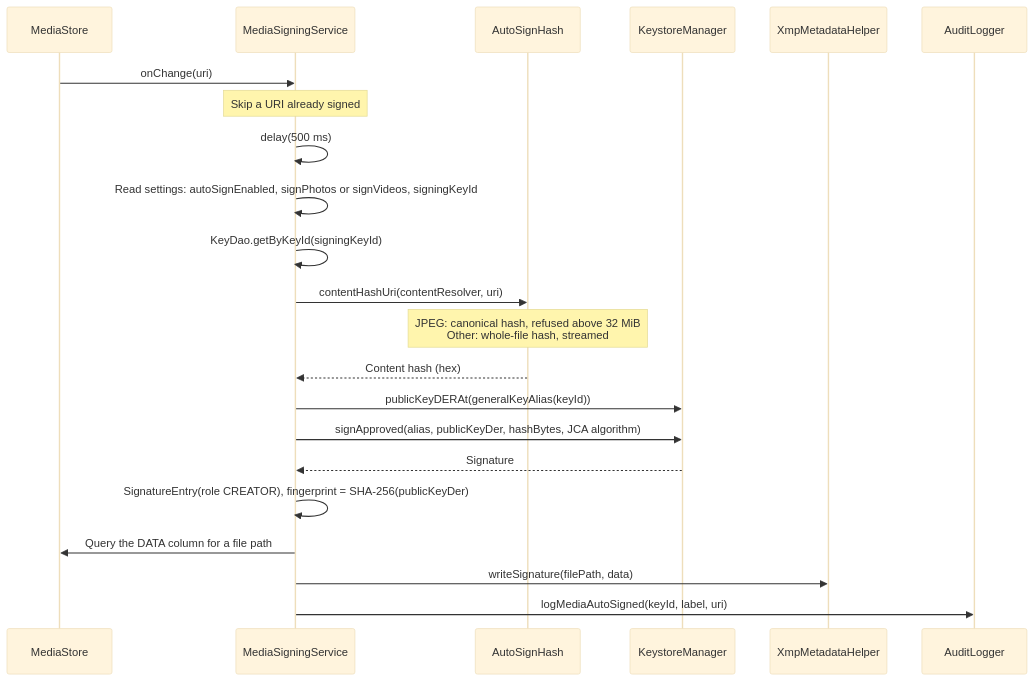
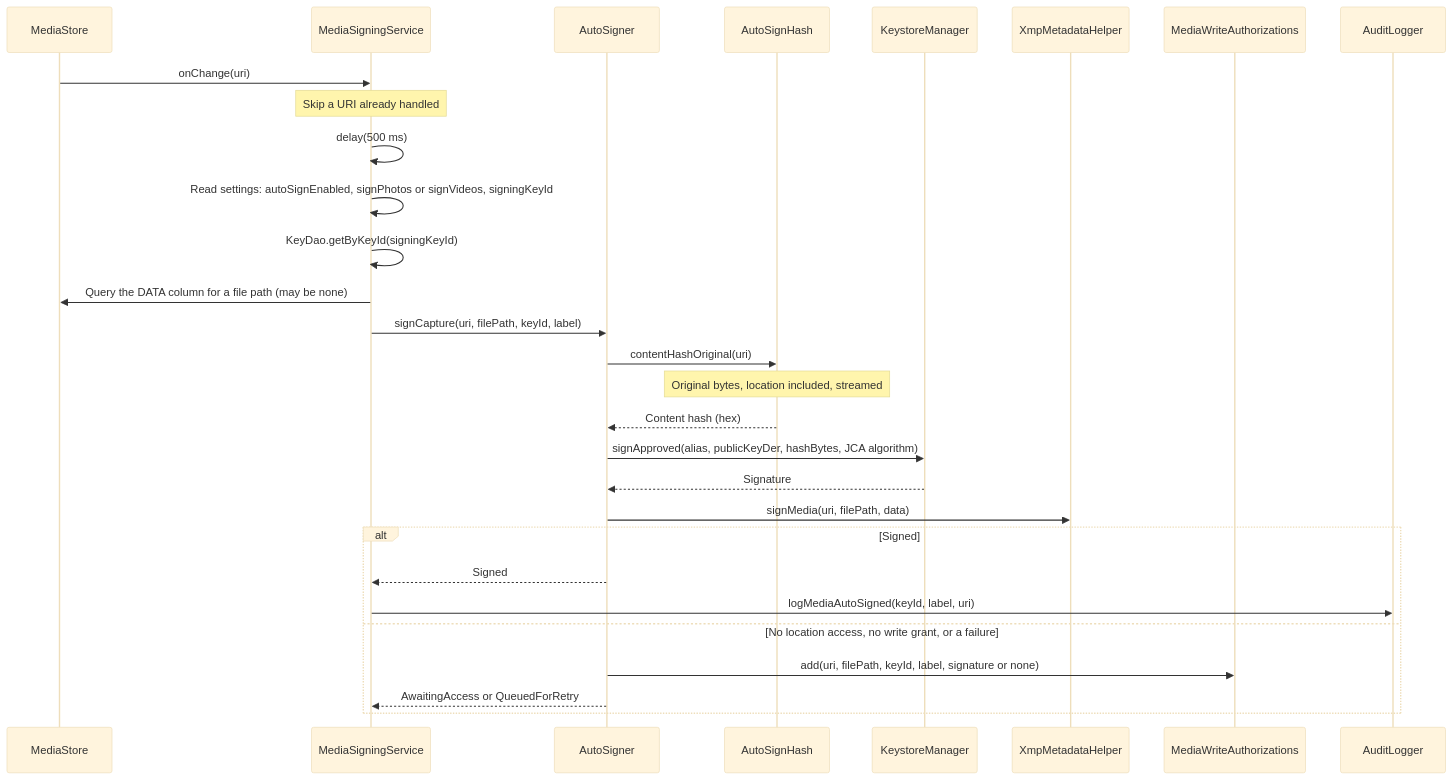
One commit to jeremyhahn/xkey-android changed the diagram in docs/media-signing/architecture.md. Above: the diagram before and after it, drawn with Mermaid (base theme). The commit also changed other lines of this file and 1 other file, not shown here.

First line of the commit message:
docs: media signing docs describe the merged behaviour

````diff
--- a/docs/media-signing/architecture.md
+++ b/docs/media-signing/architecture.md
@@ -42,25 +45,32 @@
 ```mermaid
 sequenceDiagram
     participant MS as MediaStore
     participant Svc as MediaSigningService
+    participant AS as AutoSigner
     participant AH as AutoSignHash
     participant KM as KeystoreManager
     participant XMP as XmpMetadataHelper
+    participant Q as MediaWriteAuthorizations
     participant AL as AuditLogger
 
     MS->>Svc: onChange(uri)
-    Note over Svc: Skip a URI already signed
+    Note over Svc: Skip a URI already handled
     Svc->>Svc: delay(500 ms)
     Svc->>Svc: Read settings: autoSignEnabled, signPhotos or signVideos, signingKeyId
     Svc->>Svc: KeyDao.getByKeyId(signingKeyId)
-    Svc->>AH: contentHashUri(contentResolver, uri)
-    Note over AH: JPEG: canonical hash, refused above 32 MiB<br/>Other: whole-file hash, streamed
-    AH-->>Svc: Content hash (hex)
-    Svc->>KM: publicKeyDERAt(generalKeyAlias(keyId))
-    Svc->>KM: signApproved(alias, publicKeyDer, hashBytes, JCA algorithm)
-    KM-->>Svc: Signature
-    Svc->>Svc: SignatureEntry(role CREATOR), fingerprint = SHA-256(publicKeyDer)
-    Svc->>MS: Query the DATA column for a file path
-    Svc->>XMP: writeSignature(filePath, data)
-    Svc->>AL: logMediaAutoSigned(keyId, label, uri)
+    Svc->>MS: Query the DATA column for a file path (may be none)
+    Svc->>AS: signCapture(uri, filePath, keyId, label)
+    AS->>AH: contentHashOriginal(uri)
+    Note over AH: Original bytes, location included, streamed
+    AH-->>AS: Content hash (hex)
+    AS->>KM: signApproved(alias, publicKeyDer, hashBytes, JCA algorithm)
+    KM-->>AS: Signature
+    AS->>XMP: signMedia(uri, filePath, data)
+    alt Signed
+        AS-->>Svc: Signed
+        Svc->>AL: logMediaAutoSigned(keyId, label, uri)
+    else No location access, no write grant, or a failure
+        AS->>Q: add(uri, filePath, keyId, label, signature or none)
+        AS-->>Svc: AwaitingAccess or QueuedForRetry
+    end
 ```
````
